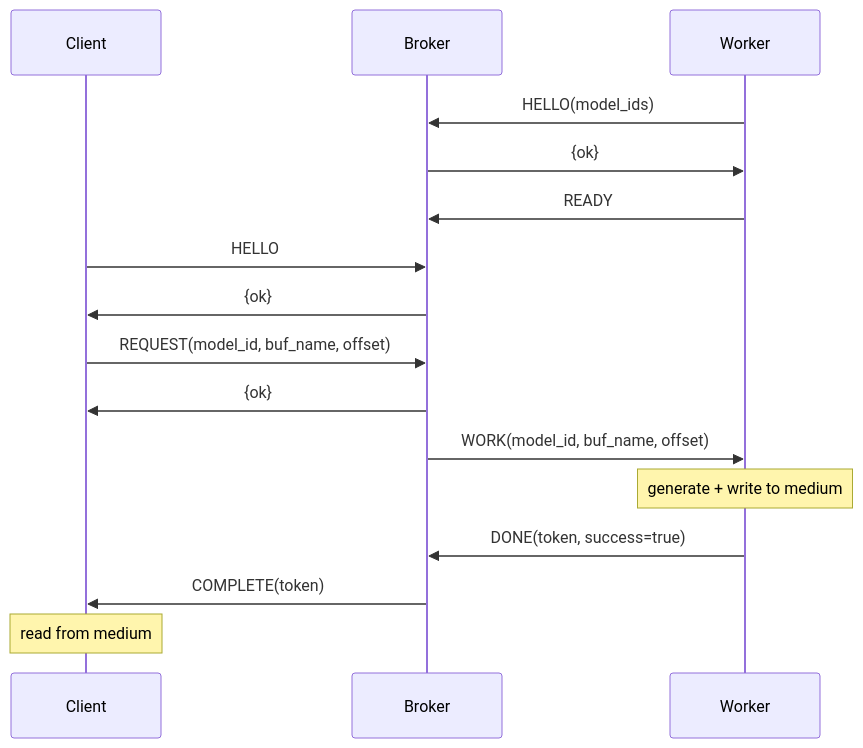
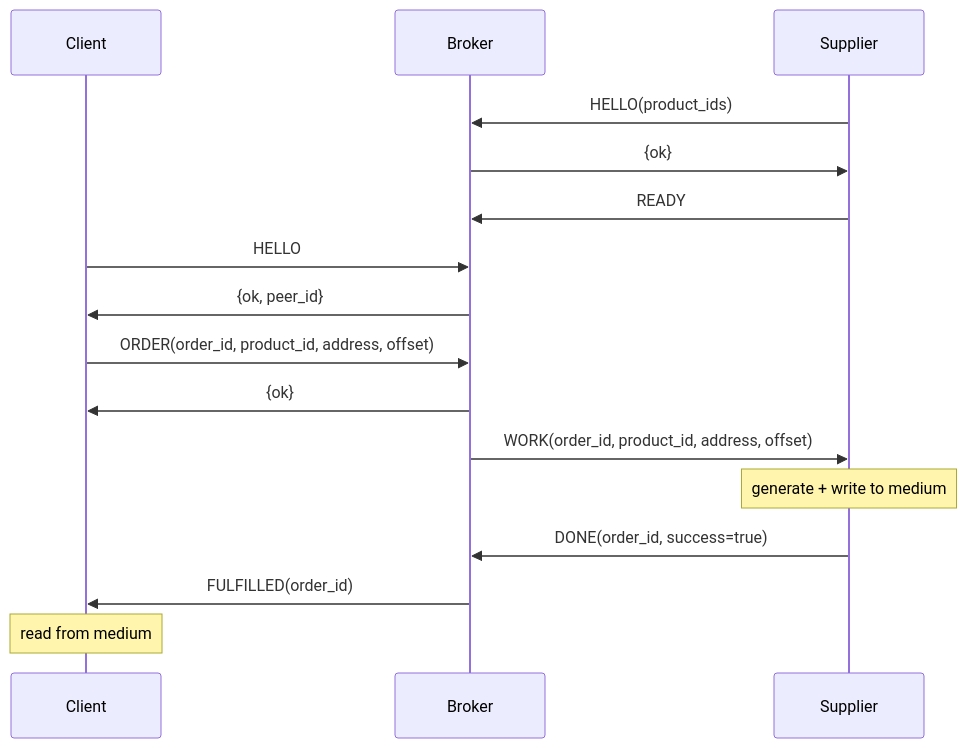
Before and after one commit to ayghri/softs: the second of 5 diagrams in docs/source/architecture.rst, drawn with Mermaid. The commit also changed other lines of this file and 191 other files, not shown here.

```diff
--- a/docs/source/architecture.rst
+++ b/docs/source/architecture.rst
@@ -59,21 +86,21 @@
 .. mermaid::
 
    sequenceDiagram
        participant C as Client
        participant B as Broker
-       participant W as Worker
+       participant S as Supplier
 
-       W->>B: HELLO(model_ids)
-       B->>W: {ok}
-       W->>B: READY
+       S->>B: HELLO(product_ids)
+       B->>S: {ok}
+       S->>B: READY
 
        C->>B: HELLO
+       B->>C: {ok, peer_id}
+
+       C->>B: ORDER(order_id, product_id, address, offset)
        B->>C: {ok}
-
-       C->>B: REQUEST(model_id, buf_name, offset)
-       B->>C: {ok}
-       B->>W: WORK(model_id, buf_name, offset)
-       Note over W: generate + write to medium
-       W->>B: DONE(token, success=true)
-       B->>C: COMPLETE(token)
+       B->>S: WORK(order_id, product_id, address, offset)
+       Note over S: generate + write to medium
+       S->>B: DONE(order_id, success=true)
+       B->>C: FULFILLED(order_id)
        Note over C: read from medium
```
